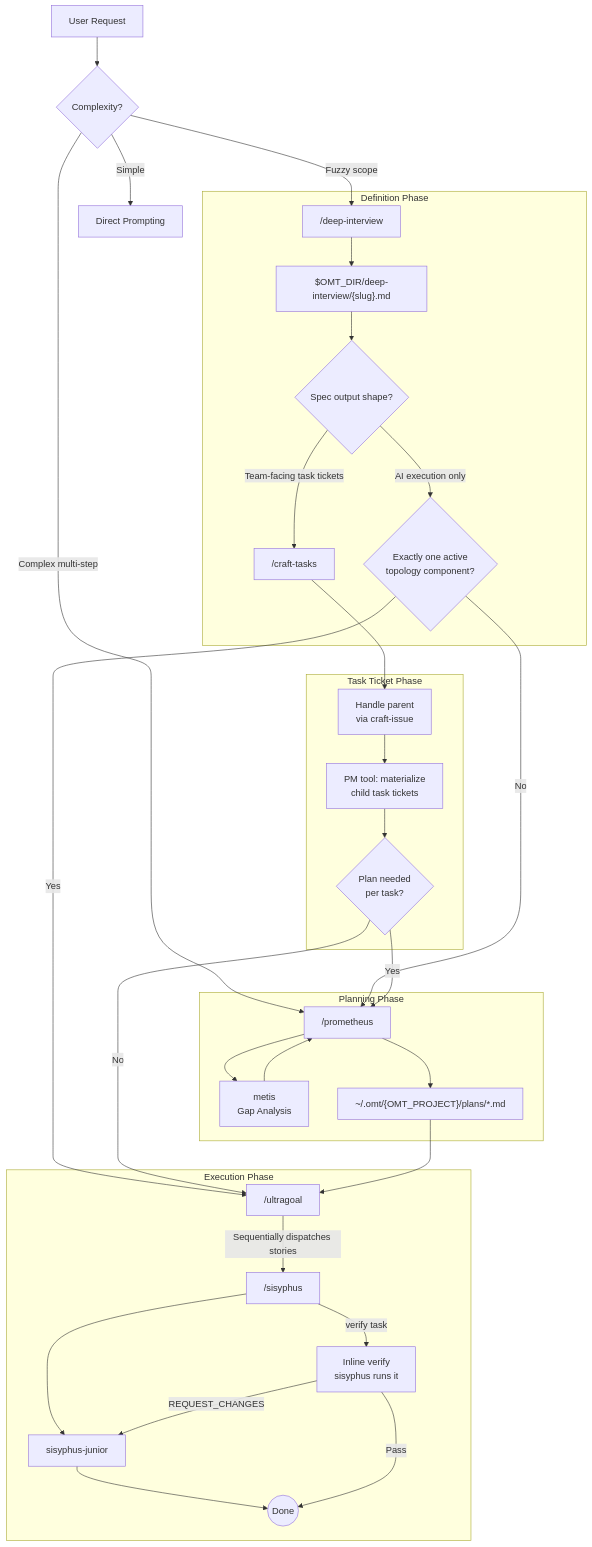
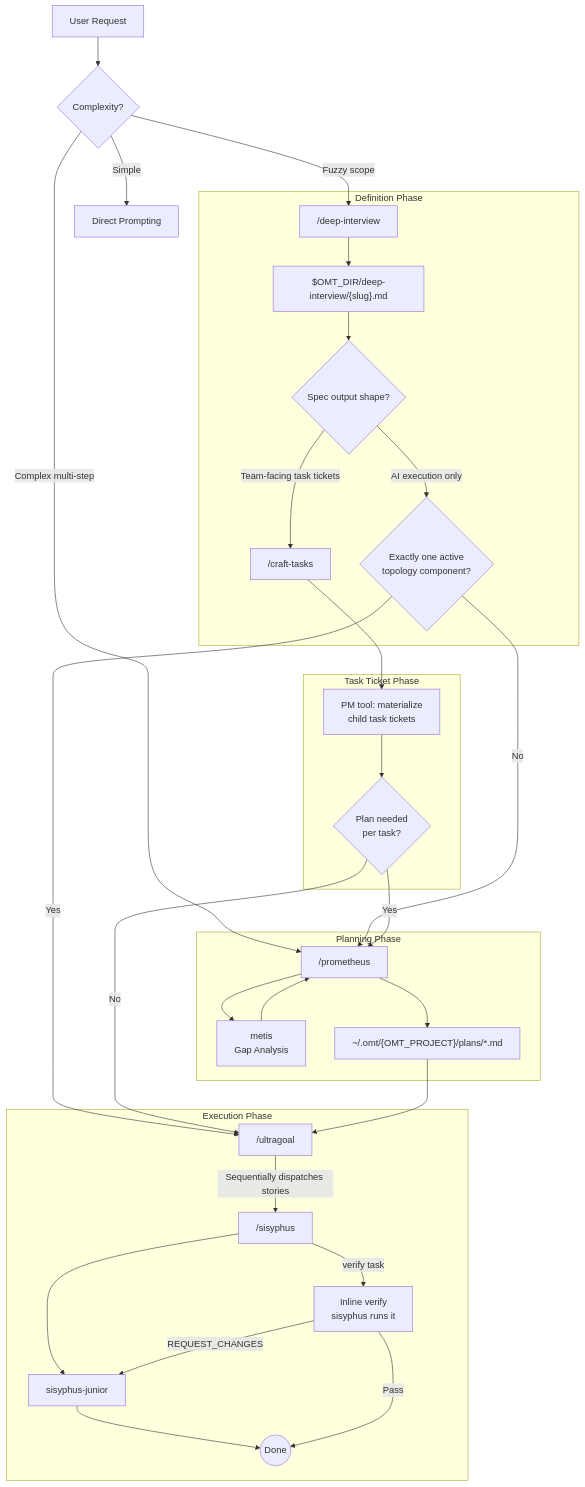
The diagram in docs/ORCHESTRATION.en.md (toongri/oh-my-toong-playground), drawn with Mermaid before and after one commit. The commit also changed other lines of this file and 3 other files, not shown here.

Commit message:
docs: craft-tasks 쓰기 흐름 문서 갱신

````diff
--- a/docs/ORCHESTRATION.en.md
+++ b/docs/ORCHESTRATION.en.md
@@ -59,41 +59,40 @@
 ```mermaid
 flowchart TD
     User[User Request] --> Decision{Complexity?}
 
     Decision -->|Simple| Direct[Direct Prompting]
     Decision -->|Fuzzy scope| DeepInterview["/deep-interview"]
     Decision -->|Complex multi-step| Prometheus
 
     subgraph Definition Phase
         DeepInterview --> SpecFile["$OMT_DIR/deep-interview/{slug}.md"]
         SpecFile --> Output{Spec output shape?}
         Output -->|Team-facing task tickets| CraftTasks["/craft-tasks"]
         Output -->|AI execution only| Route{Exactly one active<br/>topology component?}
     end
 
     subgraph Task Ticket Phase
-        CraftTasks --> Parent["Handle parent<br/>via craft-issue"]
-        Parent --> ChildTickets["PM tool: materialize<br/>child task tickets"]
+        CraftTasks --> ChildTickets["PM tool: materialize<br/>child task tickets"]
         ChildTickets --> TaskPlan{Plan needed<br/>per task?}
     end
 
     subgraph Planning Phase
         Route -->|No| Prometheus["/prometheus"]
         TaskPlan -->|Yes| Prometheus
         Prometheus --> Metis[metis<br/>Gap Analysis]
         Metis --> Prometheus
         Prometheus --> PlanFile["~/.omt/{OMT_PROJECT}/plans/*.md"]
     end
 
     subgraph Execution Phase
         Route -->|Yes| Ultragoal["/ultragoal"]
         TaskPlan -->|No| Ultragoal
         PlanFile --> Ultragoal
         Ultragoal -->|Sequentially dispatches stories| Sisyphus["/sisyphus"]
         Sisyphus --> Junior[sisyphus-junior]
         Junior --> Done((Done))
         Sisyphus -->|verify task| QA[Inline verify<br/>sisyphus runs it]
         QA -->|Pass| Done
         QA -->|REQUEST_CHANGES| Junior
     end
 ```
````
